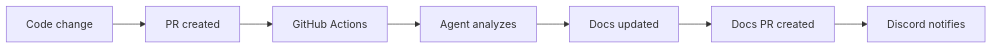
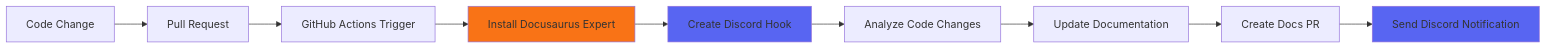
One commit to davila7/cc-docs changed the diagram in claude-code-documentation-studio/docs/docs/workflows/cicd-workflow.md. Above: the diagram before and after it, drawn with Mermaid. The commit also changed other lines of this file and 1 other file, not shown here.

````diff
--- a/claude-code-documentation-studio/docs/docs/workflows/cicd-workflow.md
+++ b/claude-code-documentation-studio/docs/docs/workflows/cicd-workflow.md
@@ -19,9 +32,15 @@
 ```mermaid
 graph LR
-    A[Code change] --> B[PR created]
-    B --> C[GitHub Actions]
-    C --> D[Agent analyzes]
-    D --> E[Docs updated]
-    E --> F[Docs PR created]
-    F --> G[Discord notifies]
+    A[Code Change] --> B[Pull Request]
+    B --> C[GitHub Actions Trigger]
+    C --> D[Install Docusaurus Expert]
+    D --> E[Create Discord Hook]
+    E --> F[Analyze Code Changes]
+    F --> G[Update Documentation]
+    G --> H[Create Docs PR]
+    H --> I[Send Discord Notification]
+
+    style D fill:#f97316
+    style E fill:#5865F2
+    style I fill:#5865F2
 ```
````
